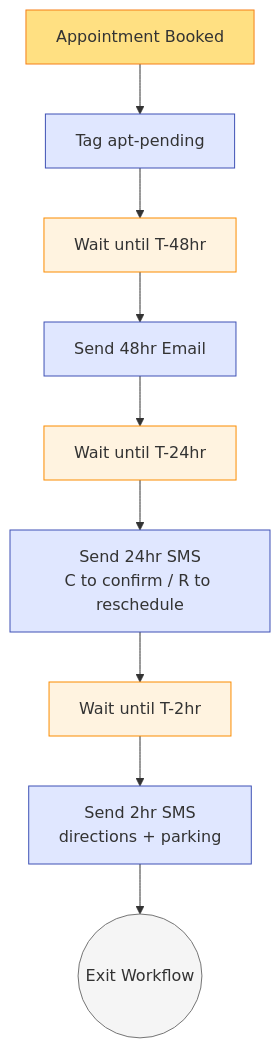
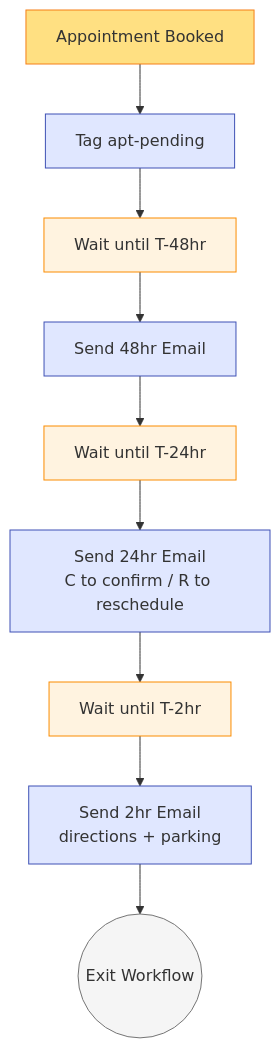
One commit to safeer-maker/GoHighLevel changed the first of 2 diagrams in client-demo/sunrise-wellness-studio/problems/03-appointment-no-show-recovery/assets/workflow.md. Above: the diagram before and after it, drawn with Mermaid. The commit also changed other lines of this file and 50 other files, not shown here.

````diff
--- a/client-demo/sunrise-wellness-studio/problems/03-appointment-no-show-recovery/assets/workflow.md
+++ b/client-demo/sunrise-wellness-studio/problems/03-appointment-no-show-recovery/assets/workflow.md
@@ -88,21 +88,21 @@
 ```mermaid
 graph TD
     T1[Appointment Booked] --> A1[Tag apt-pending]
     A1 --> W1[Wait until T-48hr]
     W1 --> A2[Send 48hr Email]
     A2 --> W2[Wait until T-24hr]
-    W2 --> A3[Send 24hr SMS<br/>C to confirm / R to reschedule]
+    W2 --> A3[Send 24hr Email<br/>C to confirm / R to reschedule]
     A3 --> W3[Wait until T-2hr]
-    W3 --> A4[Send 2hr SMS<br/>directions + parking]
+    W3 --> A4[Send 2hr Email<br/>directions + parking]
     A4 --> EX1((Exit Workflow))
 
     classDef trigger fill:#FFE082,stroke:#F57F17
     classDef action fill:#E0E7FF,stroke:#3F51B5
     classDef wait fill:#FFF3E0,stroke:#FB8C00
     classDef exit fill:#F5F5F5,stroke:#757575
 
     class T1 trigger
     class A1,A2,A3,A4 action
     class W1,W2,W3 wait
     class EX1 exit
 ```
````
